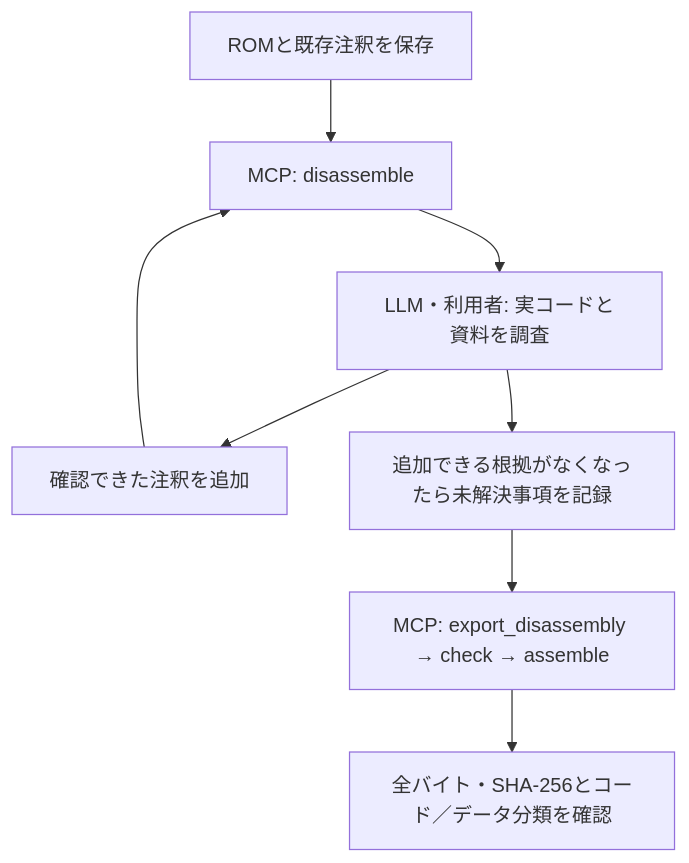
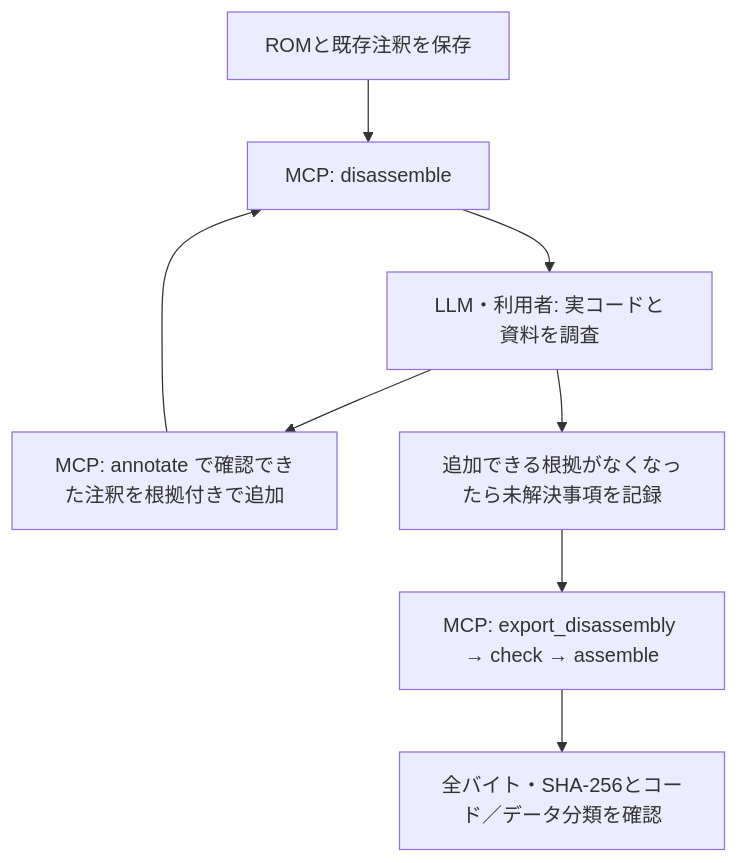
The diagram in docs/disassembly-workflow.md (rock5easily/NesAsmRs), drawn with Mermaid before and after one commit. The commit also changed other lines of this file and 16 other files, not shown here.

First line of the commit message:
Add annotate MCP tool and structured issue suggestions

````diff
--- a/docs/disassembly-workflow.md
+++ b/docs/disassembly-workflow.md
@@ -28,10 +28,10 @@
 ```mermaid
 flowchart TD
     A[ROMと既存注釈を保存] --> B[MCP: disassemble]
     B --> C[LLM・利用者: 実コードと資料を調査]
-    C --> D[確認できた注釈を追加]
+    C --> D[MCP: annotate で確認できた注釈を根拠付きで追加]
     D --> B
     C --> E[追加できる根拠がなくなったら未解決事項を記録]
     E --> F[MCP: export_disassembly → check → assemble]
     F --> G[全バイト・SHA-256とコード／データ分類を確認]
 ```
````
